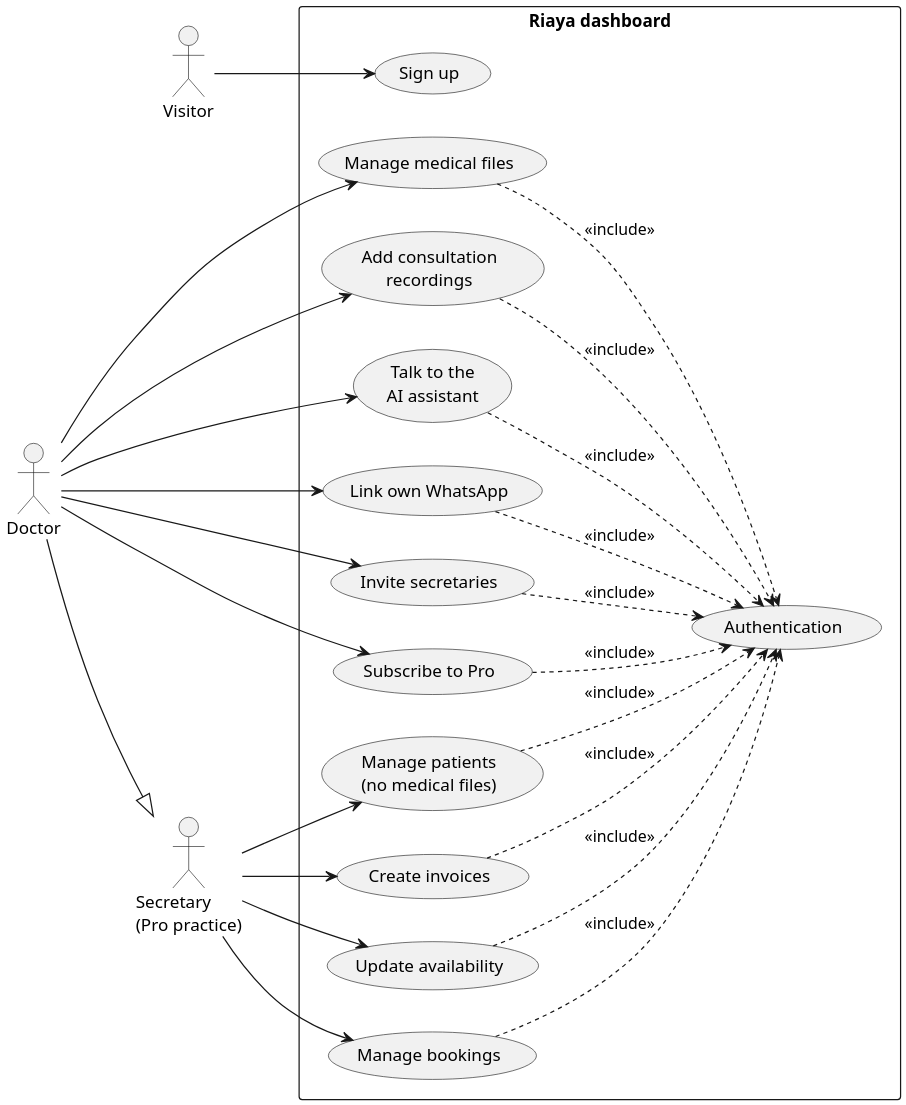
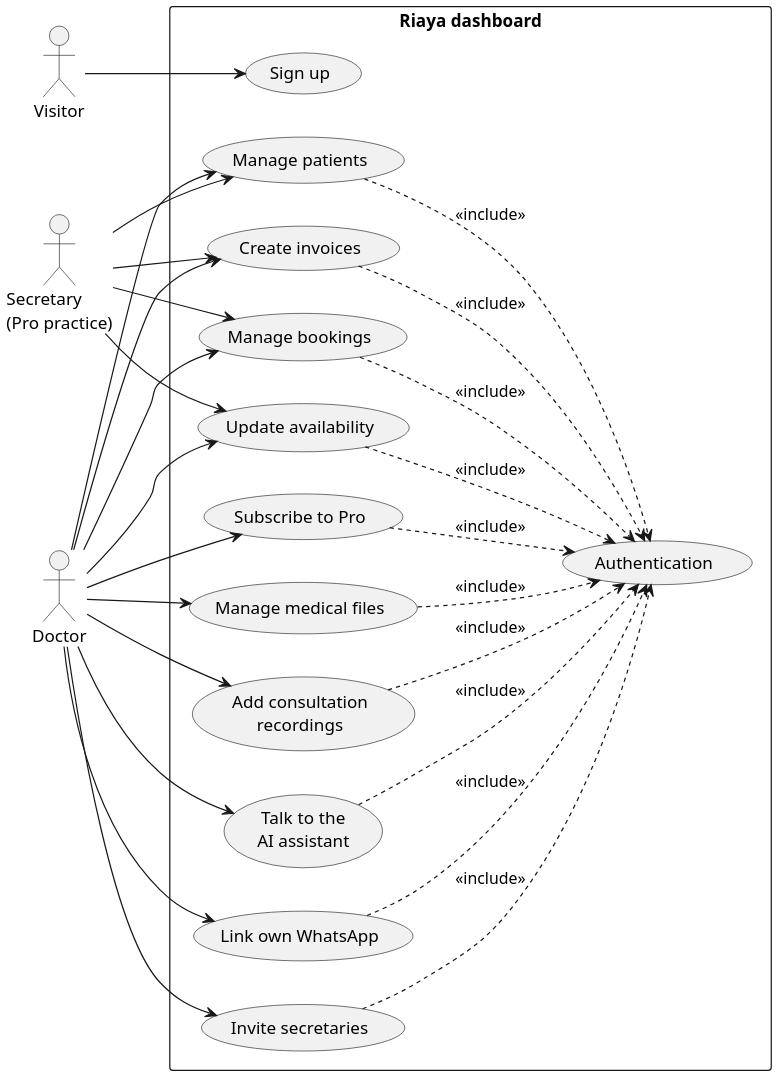
Before and after one commit to AtriOmar/riaya-report: the diagram in images/diagrams/src/use_case_doctor_secretary.puml, drawn with PlantUML. The commit also changed 16 other files, not shown here.

First line of the commit message:
Trim the requirements, plan limits, stack and modeling text, and fix the diagrams

```diff
--- a/images/diagrams/src/use_case_doctor_secretary.puml
+++ b/images/diagrams/src/use_case_doctor_secretary.puml
@@ -1,62 +1,65 @@
 @startuml use_case_doctor_secretary
 left to right direction
 skinparam dpi 192
 
 actor "Visitor" as V
 actor "Secretary\n(Pro practice)" as S
 actor "Doctor" as D
-D --|> S
 
 rectangle "Riaya dashboard" {
   usecase "Sign up" as SU
   usecase "Manage bookings" as C1
-  usecase "Manage patients\n(no medical files)" as C2
+  usecase "Manage patients" as C2
   usecase "Create invoices" as C3
   usecase "Update availability" as C4
   usecase "Manage medical files" as D1
   usecase "Add consultation\nrecordings" as D2
   usecase "Talk to the\nAI assistant" as D3
   usecase "Link own WhatsApp" as D4
   usecase "Invite secretaries" as D5
   usecase "Subscribe to Pro" as D6
   usecase "Authentication" as AUTH
 }
 
 V --> SU
 S --> C1
 S --> C2
 S --> C3
 S --> C4
+D --> C1
+D --> C2
+D --> C3
+D --> C4
 D --> D1
 D --> D2
 D --> D3
 D --> D4
 D --> D5
 D --> D6
 
 
 
 
 
 SU -[hidden]right- D1
 D1 -[hidden]right- D2
 D2 -[hidden]right- D3
 D3 -[hidden]right- D4
 D4 -[hidden]right- D5
 D5 -[hidden]right- D6
 D6 -[hidden]right- C1
 C1 -[hidden]right- C2
 C2 -[hidden]right- C3
 C3 -[hidden]right- C4
 
 C1 ..> AUTH : <<include>>
 C2 ..> AUTH : <<include>>
 C3 ..> AUTH : <<include>>
 C4 ..> AUTH : <<include>>
 D1 ..> AUTH : <<include>>
 D2 ..> AUTH : <<include>>
 D3 ..> AUTH : <<include>>
 D4 ..> AUTH : <<include>>
 D5 ..> AUTH : <<include>>
 D6 ..> AUTH : <<include>>
 @enduml
```
